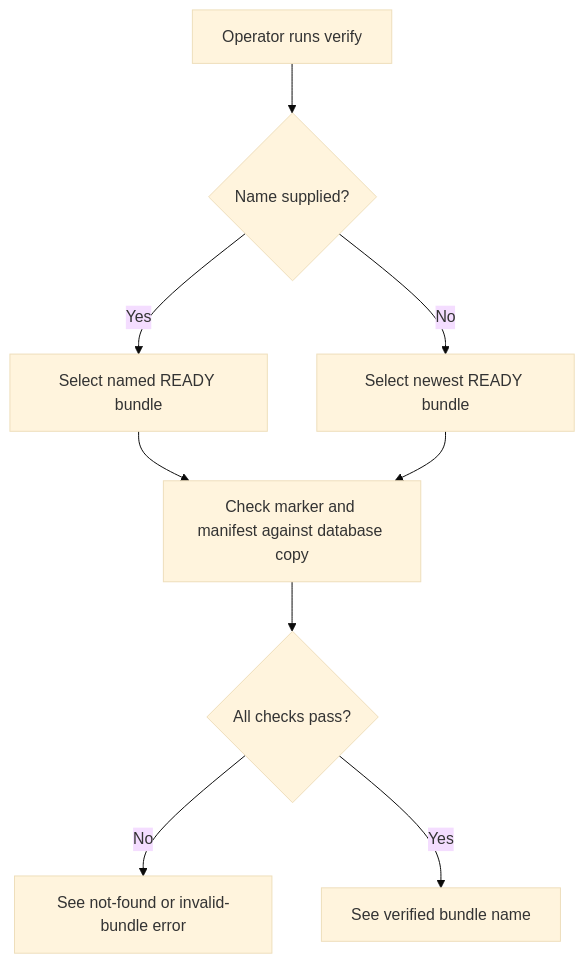
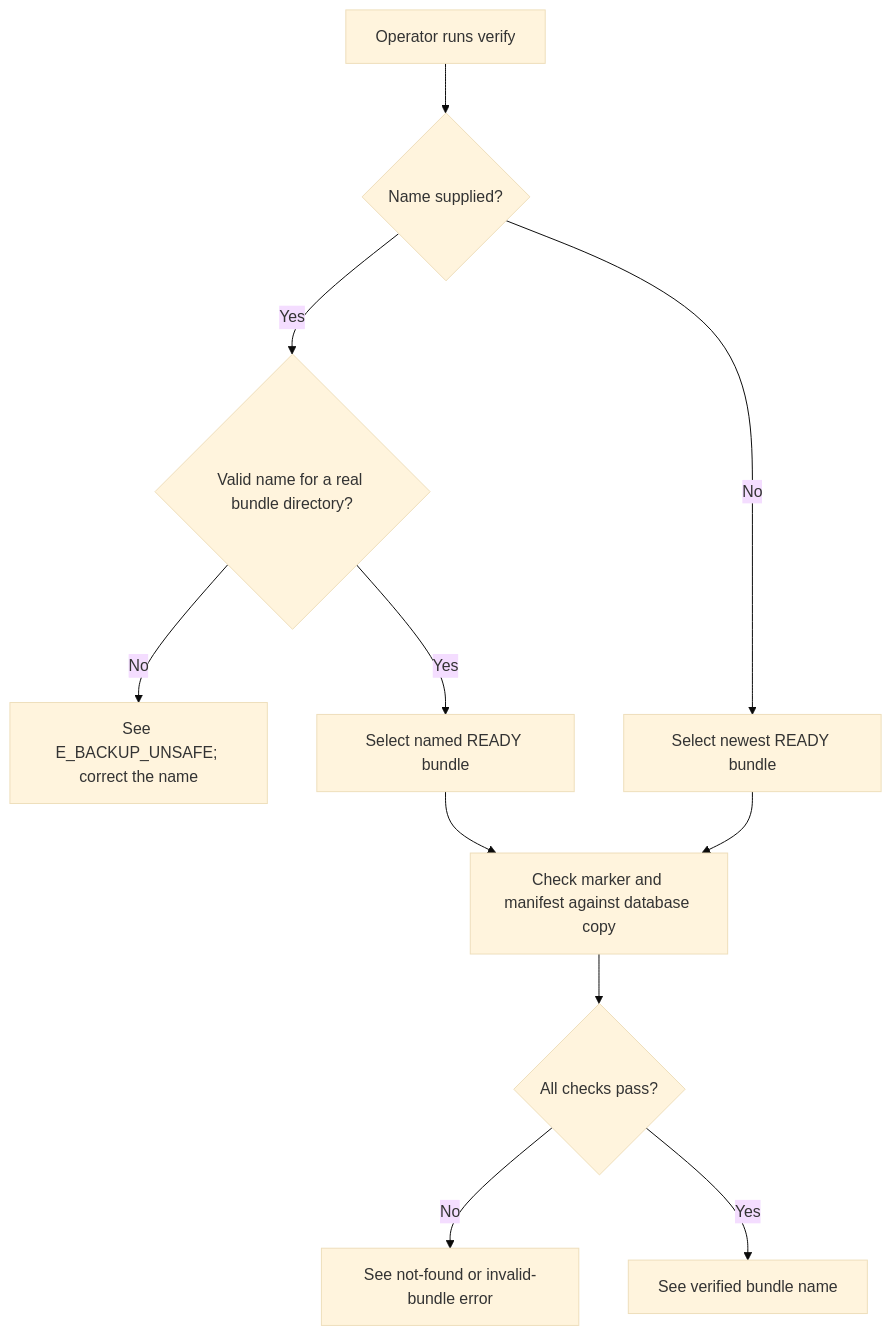
One commit to Kevinjohn/oss-adonisjs-sqlite-backup changed the first of 2 diagrams in user-stories/verify-bundle/us-op-03-verify-bundle.md. Above: the diagram before and after it, drawn with Mermaid (base theme). The commit also changed other lines of this file and 9 other files, not shown here.

````diff
--- a/user-stories/verify-bundle/us-op-03-verify-bundle.md
+++ b/user-stories/verify-bundle/us-op-03-verify-bundle.md
@@ -25,11 +25,13 @@
 ```mermaid
 flowchart TD
     A["Operator runs verify"] --> B{"Name supplied?"}
-    B -->|Yes| C["Select named READY bundle"]
+    B -->|Yes| V{"Valid name for a real bundle directory?"}
+    V -->|No| W["See E_BACKUP_UNSAFE; correct the name"]
+    V -->|Yes| C["Select named READY bundle"]
     B -->|No| D["Select newest READY bundle"]
     C --> E["Check marker and manifest against database copy"]
     D --> E
     E --> F{"All checks pass?"}
     F -->|No| G["See not-found or invalid-bundle error"]
     F -->|Yes| H["See verified bundle name"]
 ```
````
